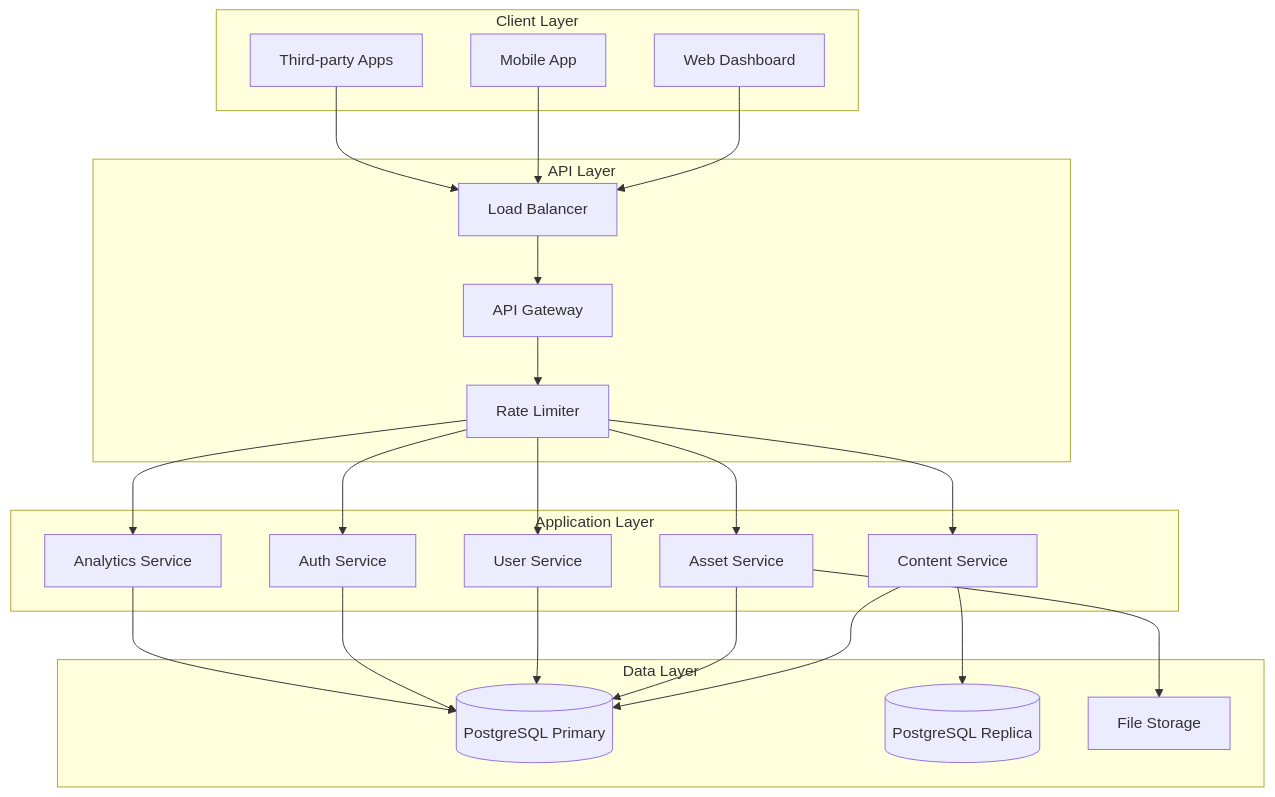
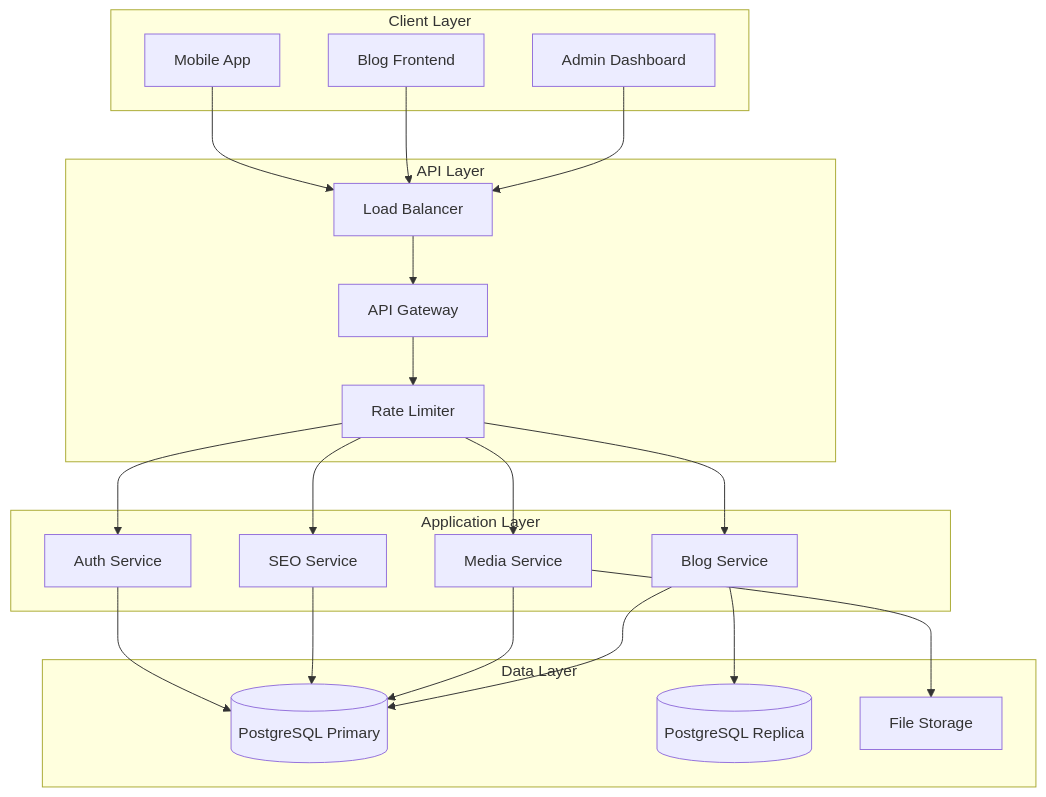
One commit to Dragon745/Content-Management-System changed the third of 16 diagrams in SRS.md. Above: the diagram before and after it, drawn with Mermaid. The commit also changed other lines of this file and 1 other file, not shown here.

````diff
--- a/SRS.md
+++ b/SRS.md
@@ -205,46 +225,43 @@
 ```mermaid
 graph TB
     subgraph "Client Layer"
-        A[Web Dashboard]
-        B[Mobile App]
-        C[Third-party Apps]
+        A[Admin Dashboard]
+        B[Blog Frontend]
+        C[Mobile App]
     end
 
     subgraph "API Layer"
         D[Load Balancer]
         E[API Gateway]
         F[Rate Limiter]
     end
 
     subgraph "Application Layer"
-        G[Content Service]
-        H[Asset Service]
-        I[User Service]
+        G[Blog Service]
+        H[Media Service]
+        I[SEO Service]
         J[Auth Service]
-        K[Analytics Service]
     end
 
     subgraph "Data Layer"
         L[(PostgreSQL Primary)]
         M[(PostgreSQL Replica)]
         O[File Storage]
     end
 
     A --> D
     B --> D
     C --> D
     D --> E
     E --> F
     F --> G
     F --> H
     F --> I
     F --> J
-    F --> K
     G --> L
     H --> L
     I --> L
     J --> L
-    K --> L
     G --> M
     H --> O
 ```
````
